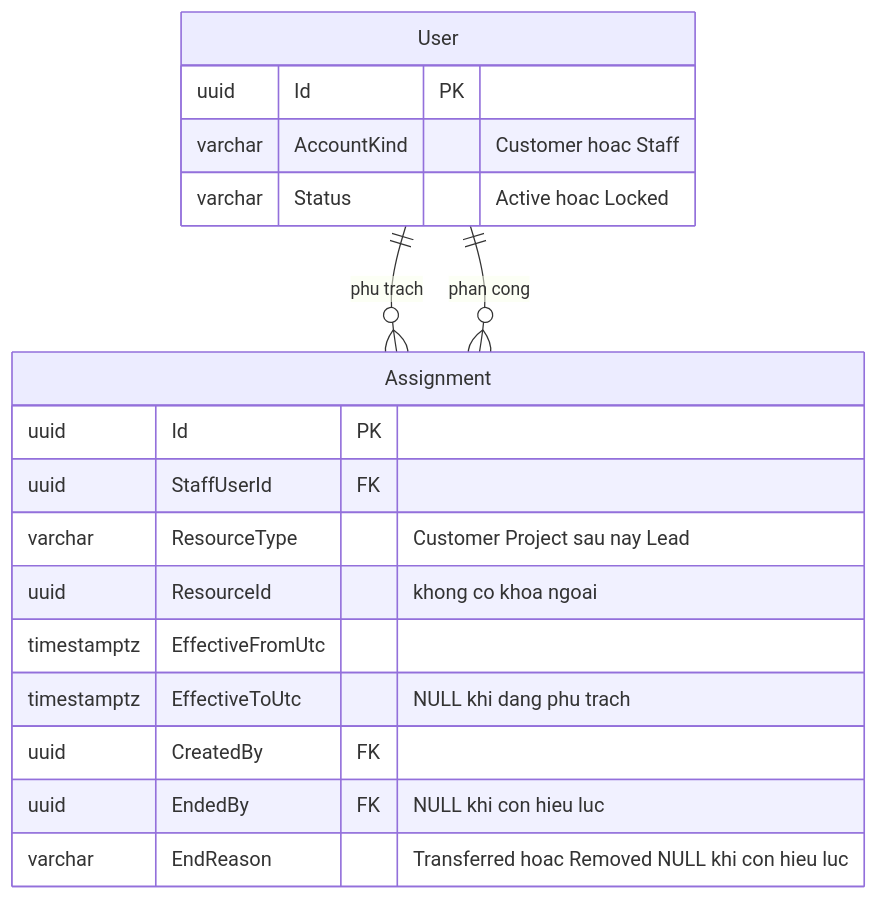
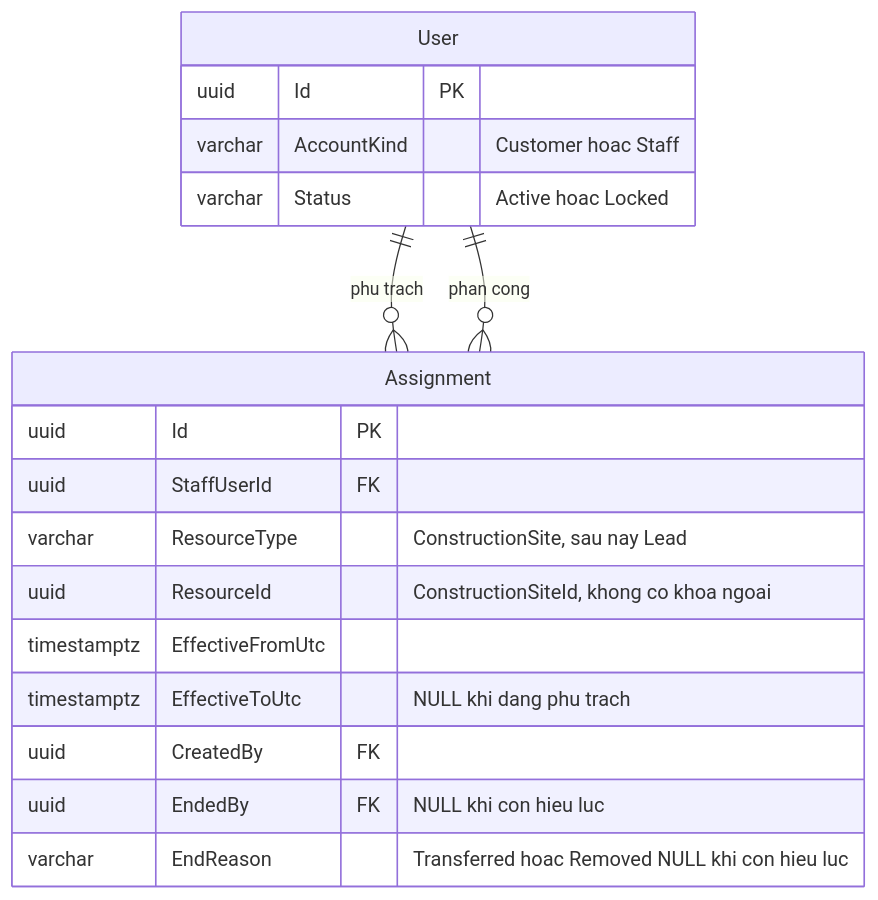
One commit to TaskCoper/bmt-documentation changed the fifth of 5 diagrams in tdd/TDD-RBAC-003.md. Above: the diagram before and after it, drawn with Mermaid. The commit also changed other lines of this file and 19 other files, not shown here.

````diff
--- a/tdd/TDD-RBAC-003.md
+++ b/tdd/TDD-RBAC-003.md
@@ -275,21 +321,21 @@
 ```mermaid
 erDiagram
     User {
         uuid Id PK
         varchar AccountKind "Customer hoac Staff"
         varchar Status "Active hoac Locked"
     }
     Assignment {
         uuid Id PK
         uuid StaffUserId FK
-        varchar ResourceType "Customer Project sau nay Lead"
-        uuid ResourceId "khong co khoa ngoai"
+        varchar ResourceType "ConstructionSite, sau nay Lead"
+        uuid ResourceId "ConstructionSiteId, khong co khoa ngoai"
         timestamptz EffectiveFromUtc
         timestamptz EffectiveToUtc "NULL khi dang phu trach"
         uuid CreatedBy FK
         uuid EndedBy FK "NULL khi con hieu luc"
         varchar EndReason "Transferred hoac Removed NULL khi con hieu luc"
     }
     User ||--o{ Assignment : "phu trach"
     User ||--o{ Assignment : "phan cong"
 ```
````
